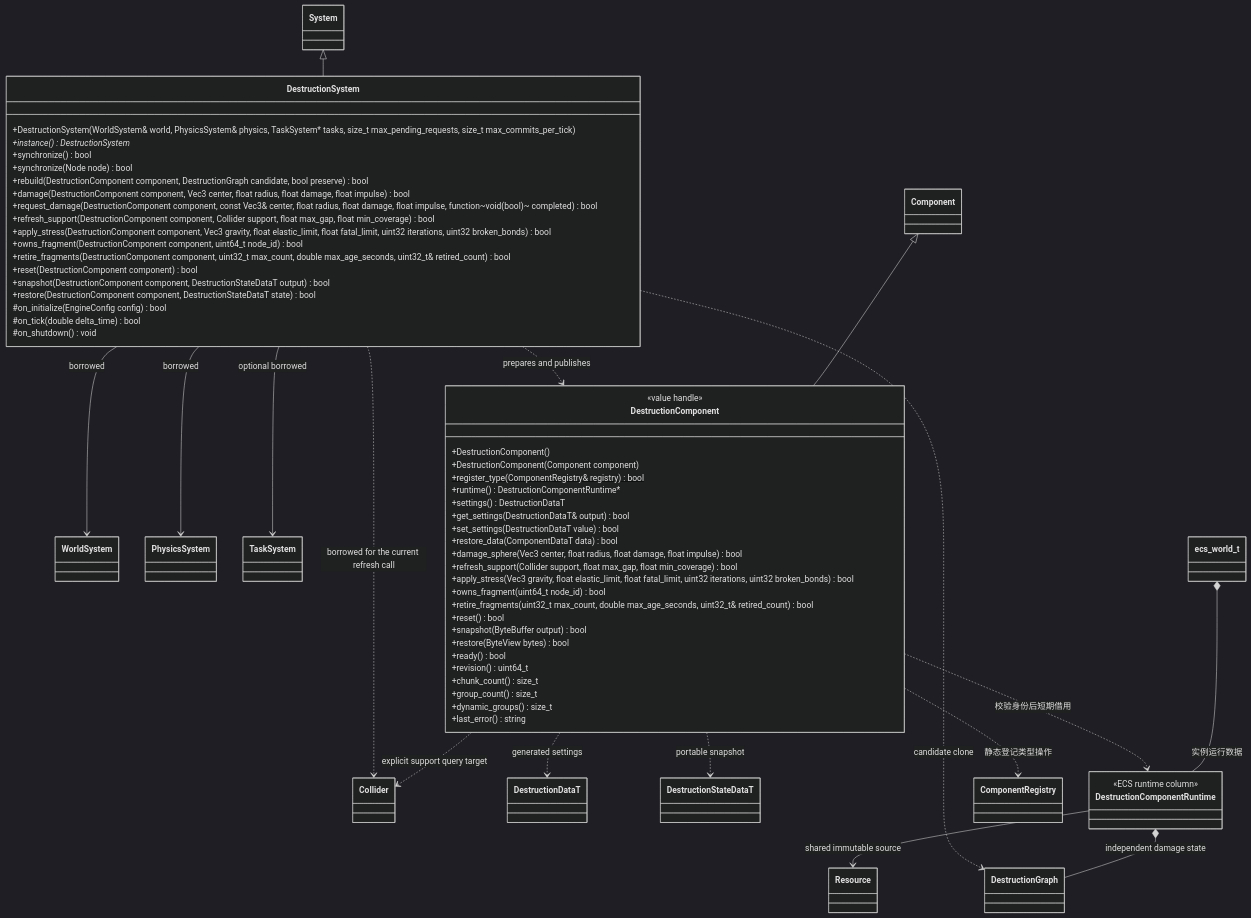
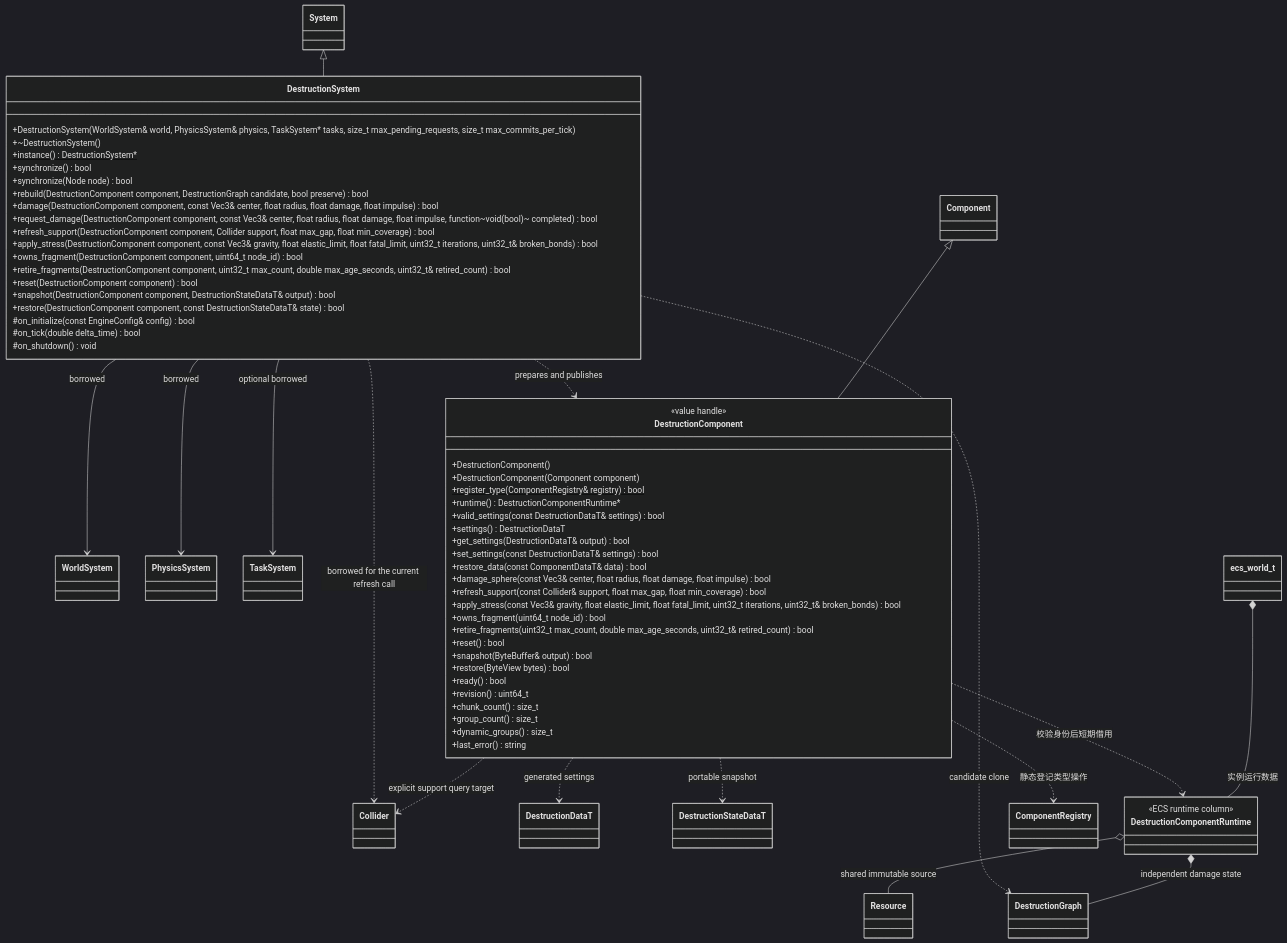
Before and after one commit to lcals/Engine: the diagram in docs/plugins/runtime/class-diagrams/destruction.md, drawn with Mermaid (dark theme). The commit also changed 222 other files, not shown here.

Commit message:
Consolidate editor asset imports and align architecture documentation

````diff
--- a/docs/plugins/runtime/class-diagrams/destruction.md
+++ b/docs/plugins/runtime/class-diagrams/destruction.md
@@ -7,79 +7,81 @@
 ```mermaid
 classDiagram
 class System
 class Component
 class WorldSystem
 class PhysicsSystem
 class TaskSystem
 class Collider
 class Resource
 class DestructionGraph
 class DestructionDataT
 class DestructionStateDataT
 class DestructionComponent {
         <<value handle>>
         +DestructionComponent()
         +DestructionComponent(Component component)
         +register_type(ComponentRegistry& registry) bool$
         +runtime() DestructionComponentRuntime#42;
++valid_settings(const DestructionDataT& settings) bool$
 +settings() DestructionDataT
 +get_settings(DestructionDataT& output) bool
-+set_settings(DestructionDataT value) bool
-+restore_data(ComponentDataT data) bool
-+damage_sphere(Vec3 center, float radius, float damage, float impulse) bool
-+refresh_support(Collider support, float max_gap, float min_coverage) bool
-+apply_stress(Vec3 gravity, float elastic_limit, float fatal_limit, uint32 iterations, uint32 broken_bonds) bool
++set_settings(const DestructionDataT& settings) bool
++restore_data(const ComponentDataT& data) bool
++damage_sphere(const Vec3& center, float radius, float damage, float impulse) bool
++refresh_support(const Collider& support, float max_gap, float min_coverage) bool
++apply_stress(const Vec3& gravity, float elastic_limit, float fatal_limit, uint32_t iterations, uint32_t& broken_bonds) bool
 +owns_fragment(uint64_t node_id) bool
 +retire_fragments(uint32_t max_count, double max_age_seconds, uint32_t& retired_count) bool
 +reset() bool
-+snapshot(ByteBuffer output) bool
++snapshot(ByteBuffer& output) bool
 +restore(ByteView bytes) bool
 +ready() bool
 +revision() uint64_t
 +chunk_count() size_t
 +group_count() size_t
 +dynamic_groups() size_t
 +last_error() string
 }
 class DestructionSystem {
 +DestructionSystem(WorldSystem& world, PhysicsSystem& physics, TaskSystem* tasks, size_t max_pending_requests, size_t max_commits_per_tick)
-+instance() DestructionSystem*
++~DestructionSystem()
++instance() DestructionSystem*$
 +synchronize() bool
 +synchronize(Node node) bool
 +rebuild(DestructionComponent component, DestructionGraph candidate, bool preserve) bool
-+damage(DestructionComponent component, Vec3 center, float radius, float damage, float impulse) bool
++damage(DestructionComponent component, const Vec3& center, float radius, float damage, float impulse) bool
 +request_damage(DestructionComponent component, const Vec3& center, float radius, float damage, float impulse, function~void(bool)~ completed) bool
 +refresh_support(DestructionComponent component, Collider support, float max_gap, float min_coverage) bool
-+apply_stress(DestructionComponent component, Vec3 gravity, float elastic_limit, float fatal_limit, uint32 iterations, uint32 broken_bonds) bool
++apply_stress(DestructionComponent component, const Vec3& gravity, float elastic_limit, float fatal_limit, uint32_t iterations, uint32_t& broken_bonds) bool
 +owns_fragment(DestructionComponent component, uint64_t node_id) bool
 +retire_fragments(DestructionComponent component, uint32_t max_count, double max_age_seconds, uint32_t& retired_count) bool
 +reset(DestructionComponent component) bool
-+snapshot(DestructionComponent component, DestructionStateDataT output) bool
-+restore(DestructionComponent component, DestructionStateDataT state) bool
-#on_initialize(EngineConfig config) bool
++snapshot(DestructionComponent component, DestructionStateDataT& output) bool
++restore(DestructionComponent component, const DestructionStateDataT& state) bool
+#on_initialize(const EngineConfig& config) bool
 #on_tick(double delta_time) bool
 #on_shutdown() void
 }
 System <|-- DestructionSystem
 Component <|-- DestructionComponent
 DestructionComponentRuntime *-- DestructionGraph : independent damage state
-DestructionComponentRuntime --> Resource : shared immutable source
+DestructionComponentRuntime o-- Resource : shared immutable source
 DestructionComponent ..> DestructionDataT : generated settings
 DestructionComponent ..> DestructionStateDataT : portable snapshot
 DestructionComponent ..> Collider : explicit support query target
 DestructionSystem --> WorldSystem : borrowed
 DestructionSystem --> PhysicsSystem : borrowed
 DestructionSystem --> TaskSystem : optional borrowed
 DestructionSystem ..> Collider : borrowed for the current refresh call
 DestructionSystem ..> DestructionComponent : prepares and publishes
 DestructionSystem ..> DestructionGraph : candidate clone
     class ComponentRegistry
     class ecs_world_t
     class DestructionComponentRuntime {
         <<ECS runtime column>>
     }
     ecs_world_t *-- DestructionComponentRuntime : 实例运行数据
     DestructionComponent ..> DestructionComponentRuntime : 校验身份后短期借用
     DestructionComponent ..> ComponentRegistry : 静态登记类型操作
 
 ```
````
